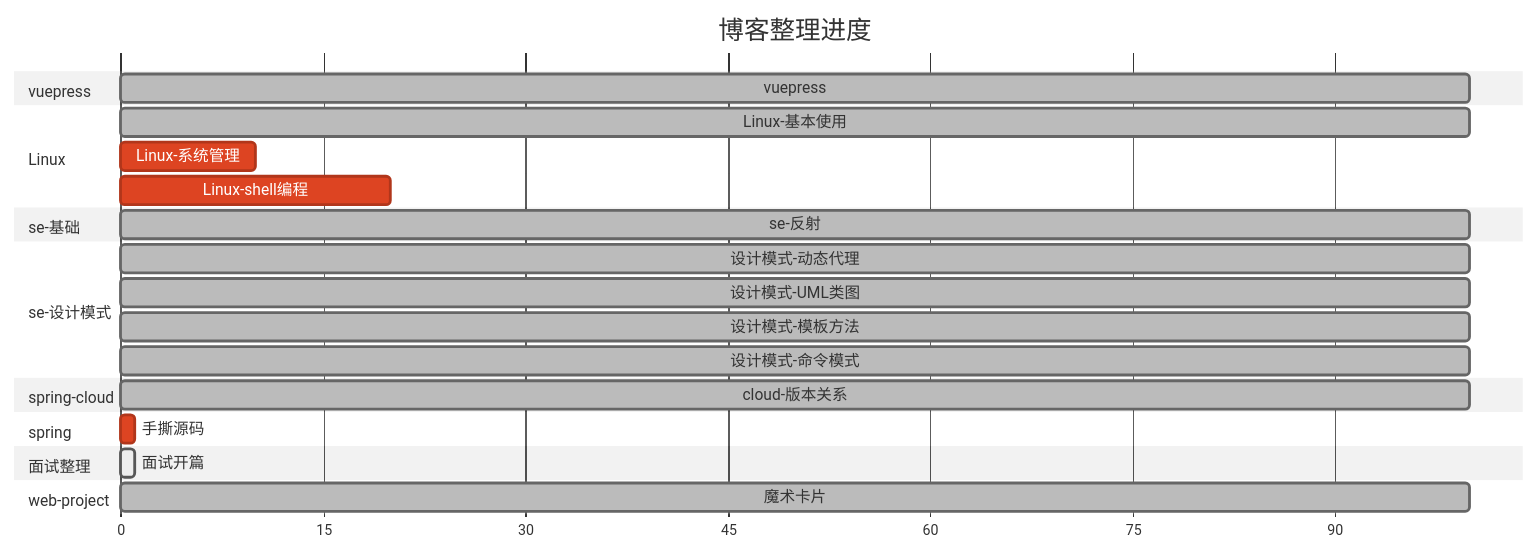
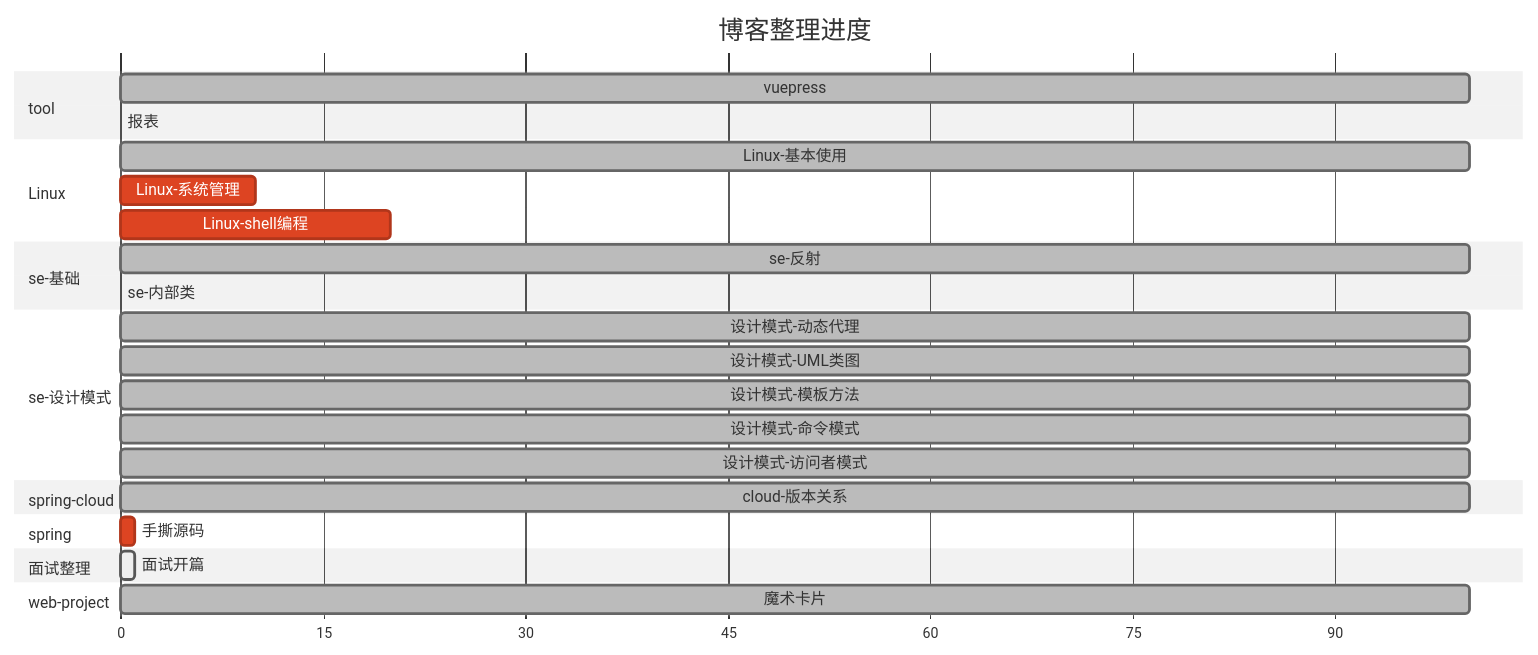
The diagram in docs/README.md (zs-mcu/docs), drawn with Mermaid (neutral theme) before and after one commit. The commit also changed 16 other files, not shown here.

````diff
--- a/docs/README.md
+++ b/docs/README.md
@@ -30,27 +30,39 @@
 ```mermaid
 gantt
   title 博客整理进度
   dateFormat X
   axisFormat %s
-  section vuepress
+
+  section tool
   vuepress        : done,0,100
+  报表            :active,0,0
+
   section Linux
   Linux-基本使用    : done,0,100
   Linux-系统管理    : crit,0,10
   Linux-shell编程   : crit,0,20
+
   section se-基础
   se-反射           :  done,0, 100
+  se-内部类         : active,0,0
+
   section se-设计模式
   设计模式-动态代理   : done,0, 100
   设计模式-UML类图   : done,0,100
   设计模式-模板方法   : done,0,100
   设计模式-命令模式   : done,0,100
+  设计模式-访问者模式 : done,0,100
+
+
   section spring-cloud
   cloud-版本关系    : done,0, 100
+
   section spring
   手撕源码          : crit,0, 1
+
   section 面试整理
   面试开篇          : active,0, 1
   section web-project
   魔术卡片          : done,0,100
+  
 ```
````
